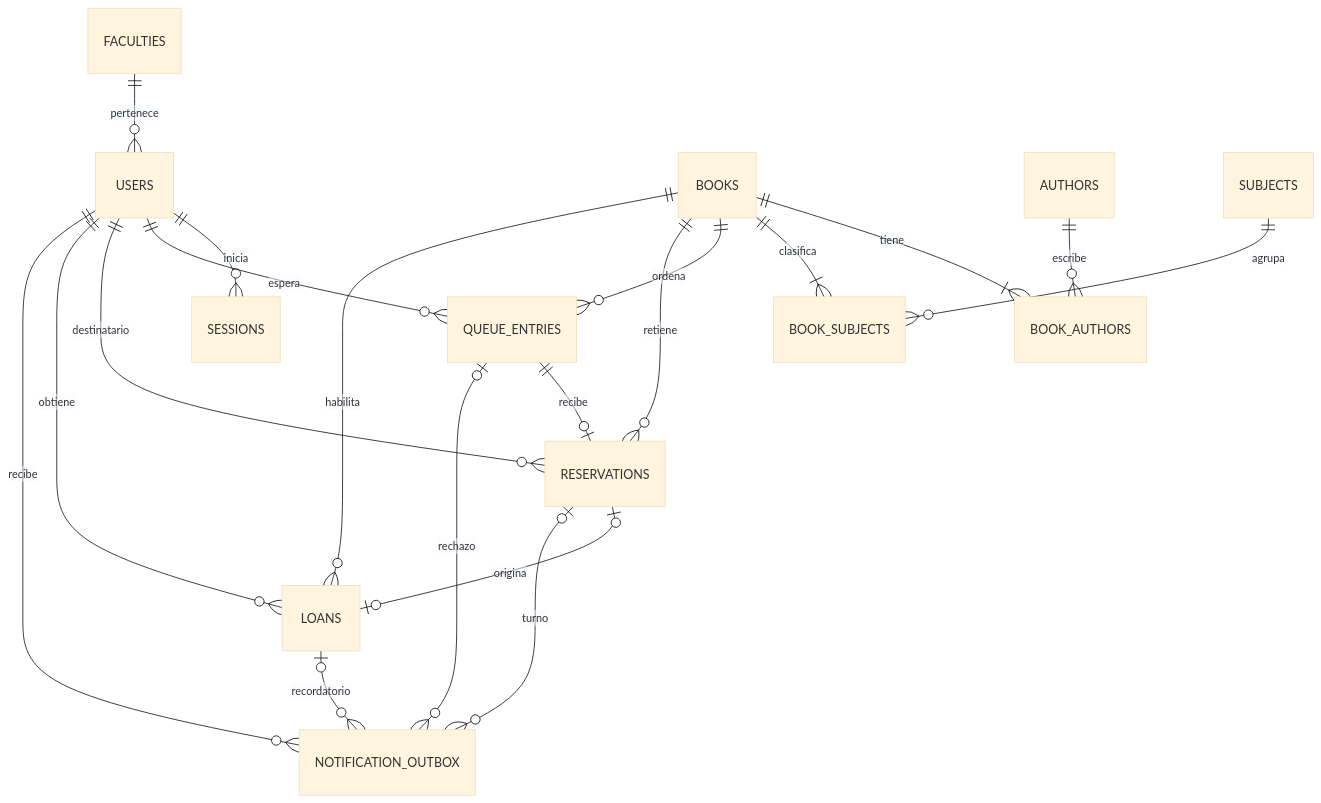
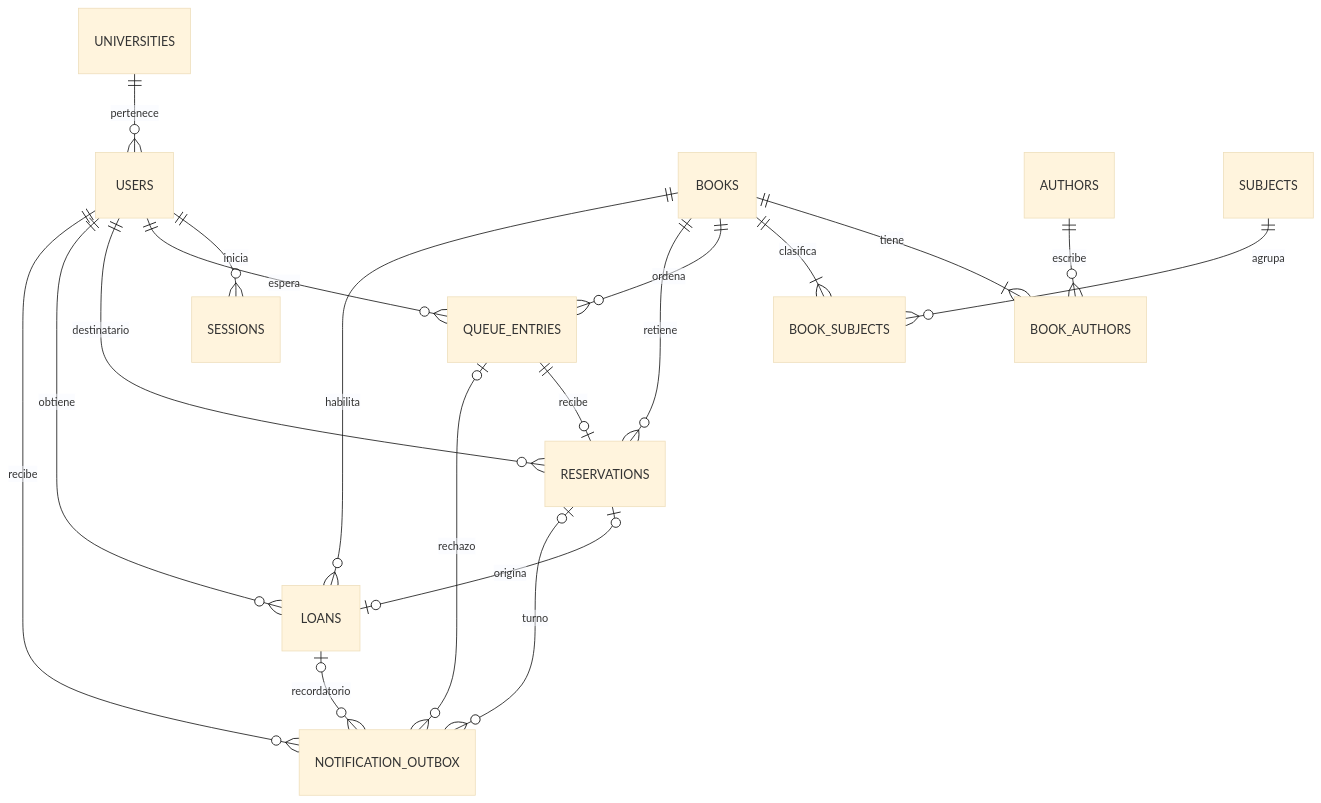
One commit to joaquinCastellano350/ics-biblioteca changed the diagram in docs/modelo-de-datos.md. Above: the diagram before and after it, drawn with Mermaid (base theme). The commit also changed other lines of this file and 20 other files, not shown here.

````diff
--- a/docs/modelo-de-datos.md
+++ b/docs/modelo-de-datos.md
@@ -26,21 +25,21 @@
 ```mermaid
 erDiagram
-  FACULTIES ||--o{ USERS : pertenece
+  UNIVERSITIES ||--o{ USERS : pertenece
   USERS ||--o{ SESSIONS : inicia
   BOOKS ||--|{ BOOK_AUTHORS : tiene
   AUTHORS ||--o{ BOOK_AUTHORS : escribe
   BOOKS ||--|{ BOOK_SUBJECTS : clasifica
   SUBJECTS ||--o{ BOOK_SUBJECTS : agrupa
   USERS ||--o{ QUEUE_ENTRIES : espera
   BOOKS ||--o{ QUEUE_ENTRIES : ordena
   QUEUE_ENTRIES ||--o| RESERVATIONS : recibe
   USERS ||--o{ RESERVATIONS : destinatario
   BOOKS ||--o{ RESERVATIONS : retiene
   USERS ||--o{ LOANS : obtiene
   BOOKS ||--o{ LOANS : habilita
   RESERVATIONS o|--o| LOANS : origina
   USERS ||--o{ NOTIFICATION_OUTBOX : recibe
   LOANS o|--o{ NOTIFICATION_OUTBOX : recordatorio
   RESERVATIONS o|--o{ NOTIFICATION_OUTBOX : turno
   QUEUE_ENTRIES o|--o{ NOTIFICATION_OUTBOX : rechazo
 ```
````
